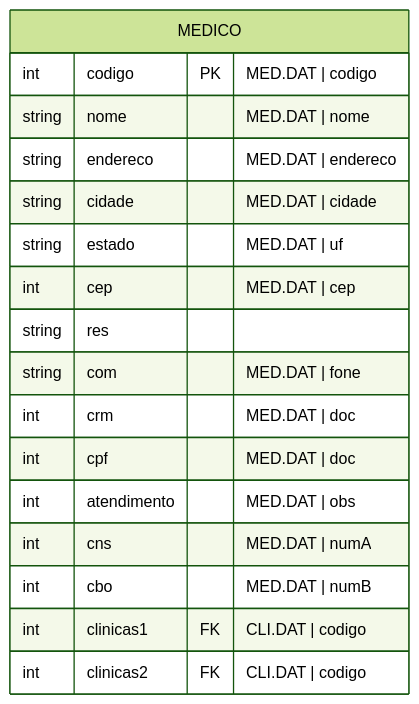
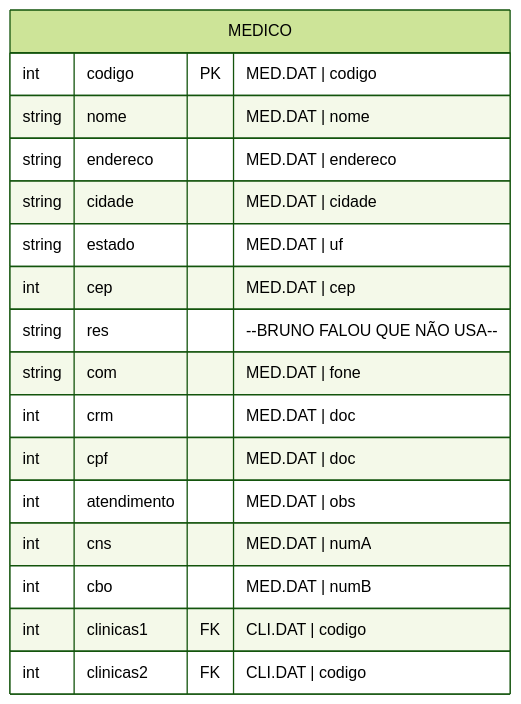
One commit to Nicolas-CustomCode/refactor-hospital-maternidade changed the diagram in Módulos/Recepção/Entidades/Médico (MED.DAT).md. Above: the diagram before and after it, drawn with Mermaid (forest theme). The commit also changed 10 other files, not shown here.

````diff
--- a/Módulos/Recepção/Entidades/Médico (MED.DAT).md
+++ b/Módulos/Recepção/Entidades/Médico (MED.DAT).md
@@ -9,22 +9,22 @@
 ```mermaid
 erDiagram
 
 MEDICO {
 	int codigo PK "MED.DAT | codigo"
 	string nome "MED.DAT | nome"
 	string endereco "MED.DAT | endereco"
 	string cidade "MED.DAT | cidade"
 	string estado "MED.DAT | uf"
 	int cep "MED.DAT | cep"
-	string res
+	string res "--BRUNO FALOU QUE NÃO USA--"
 	string com "MED.DAT | fone"
 	int crm "MED.DAT | doc"
 	int cpf "MED.DAT | doc"
 	int atendimento "MED.DAT | obs"
 	int cns "MED.DAT | numA"
 	int cbo "MED.DAT | numB"
 	
 	int clinicas1 FK "CLI.DAT | codigo"
 	int clinicas2 FK "CLI.DAT | codigo"
 }
 ```
````
